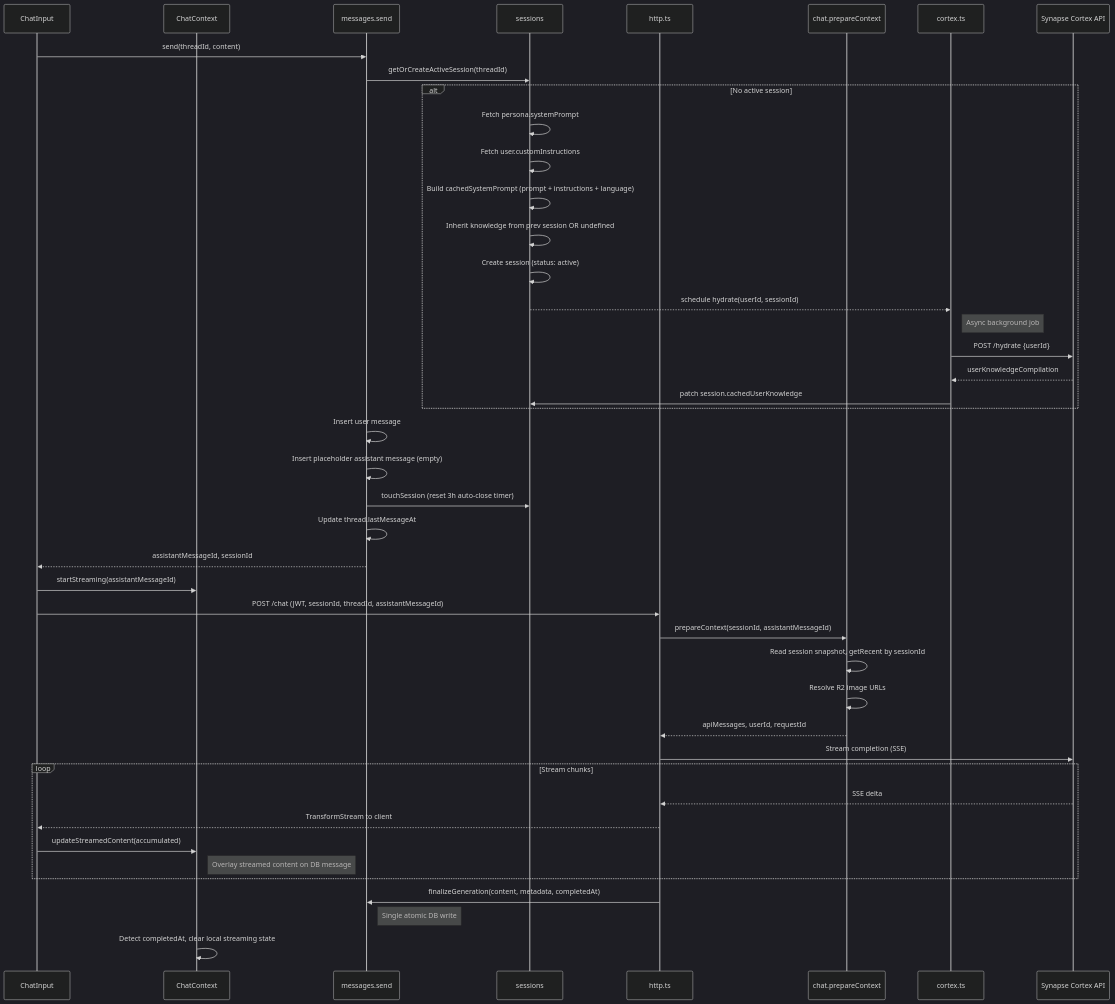
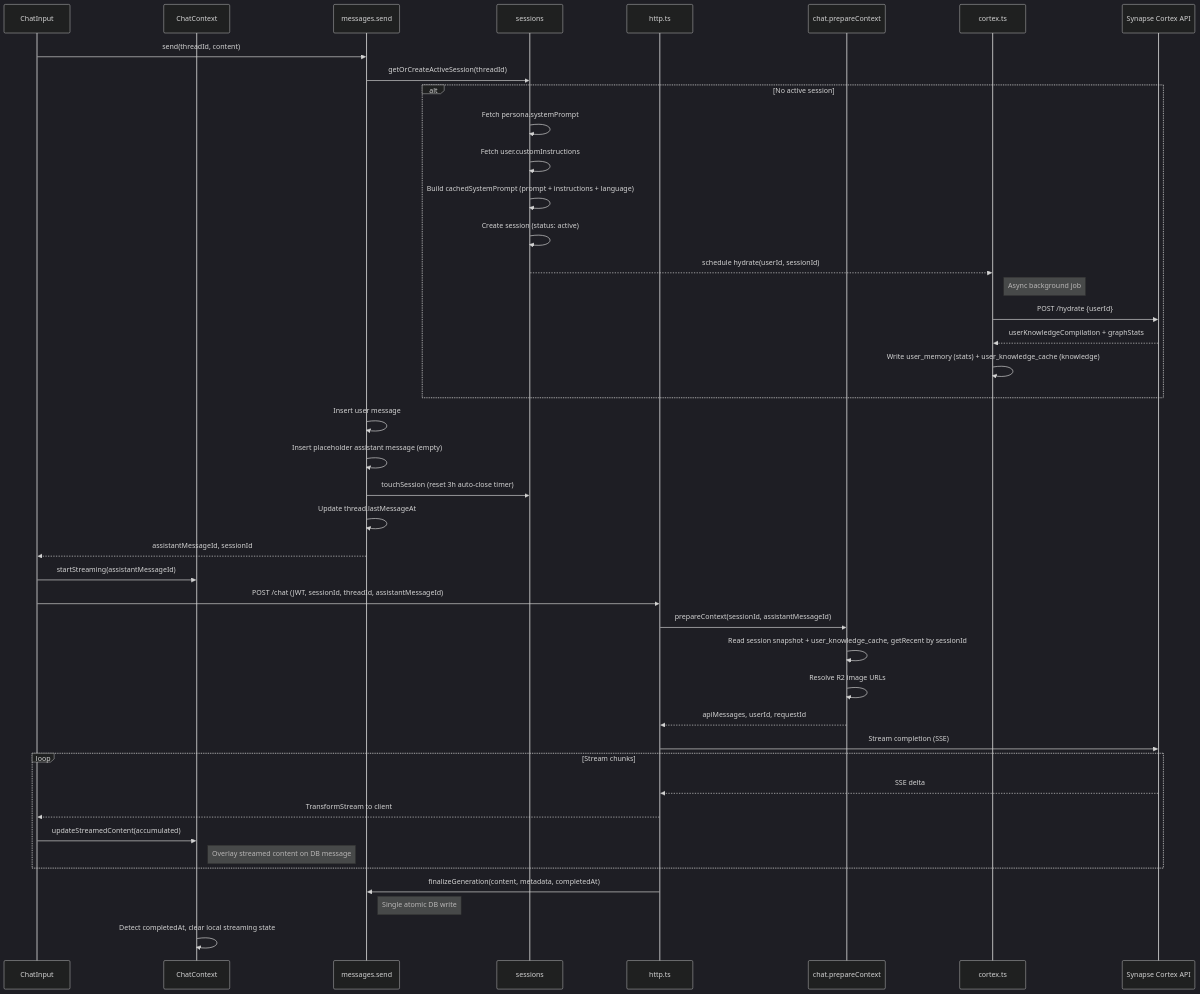
Before and after one commit to juandastic/synapse-chat-ai: the fourth of 7 diagrams in README.md, drawn with Mermaid (dark theme). The commit also changed other lines of this file and 23 other files, not shown here.

````diff
--- a/README.md
+++ b/README.md
@@ -304,53 +334,52 @@
 ```mermaid
 sequenceDiagram
     participant UI as ChatInput
     participant Ctx as ChatContext
     participant Msg as messages.send
     participant Sess as sessions
     participant Http as http.ts
     participant Chat as chat.prepareContext
     participant Cortex as cortex.ts
     participant API as Synapse Cortex API
 
     UI->>Msg: send(threadId, content)
     Msg->>Sess: getOrCreateActiveSession(threadId)
 
     alt No active session
         Sess->>Sess: Fetch persona.systemPrompt
         Sess->>Sess: Fetch user.customInstructions
         Sess->>Sess: Build cachedSystemPrompt (prompt + instructions + language)
-        Sess->>Sess: Inherit knowledge from prev session OR undefined
         Sess->>Sess: Create session (status: active)
         Sess-->>Cortex: schedule hydrate(userId, sessionId)
         Note right of Cortex: Async background job
         Cortex->>API: POST /hydrate {userId}
-        API-->>Cortex: userKnowledgeCompilation
-        Cortex->>Sess: patch session.cachedUserKnowledge
+        API-->>Cortex: userKnowledgeCompilation + graphStats
+        Cortex->>Cortex: Write user_memory (stats) + user_knowledge_cache (knowledge)
     end
 
     Msg->>Msg: Insert user message
     Msg->>Msg: Insert placeholder assistant message (empty)
     Msg->>Sess: touchSession (reset 3h auto-close timer)
     Msg->>Msg: Update thread.lastMessageAt
     Msg-->>UI: assistantMessageId, sessionId
 
     UI->>Ctx: startStreaming(assistantMessageId)
     UI->>Http: POST /chat (JWT, sessionId, threadId, assistantMessageId)
 
     Http->>Chat: prepareContext(sessionId, assistantMessageId)
-    Chat->>Chat: Read session snapshot, getRecent by sessionId
+    Chat->>Chat: Read session snapshot + user_knowledge_cache, getRecent by sessionId
     Chat->>Chat: Resolve R2 image URLs
     Chat-->>Http: apiMessages, userId, requestId
 
     Http->>API: Stream completion (SSE)
     loop Stream chunks
         API-->>Http: SSE delta
         Http-->>UI: TransformStream to client
         UI->>Ctx: updateStreamedContent(accumulated)
         Note right of Ctx: Overlay streamed content on DB message
     end
 
     Http->>Msg: finalizeGeneration(content, metadata, completedAt)
     Note right of Msg: Single atomic DB write
     Ctx->>Ctx: Detect completedAt, clear local streaming state
 ```
````
